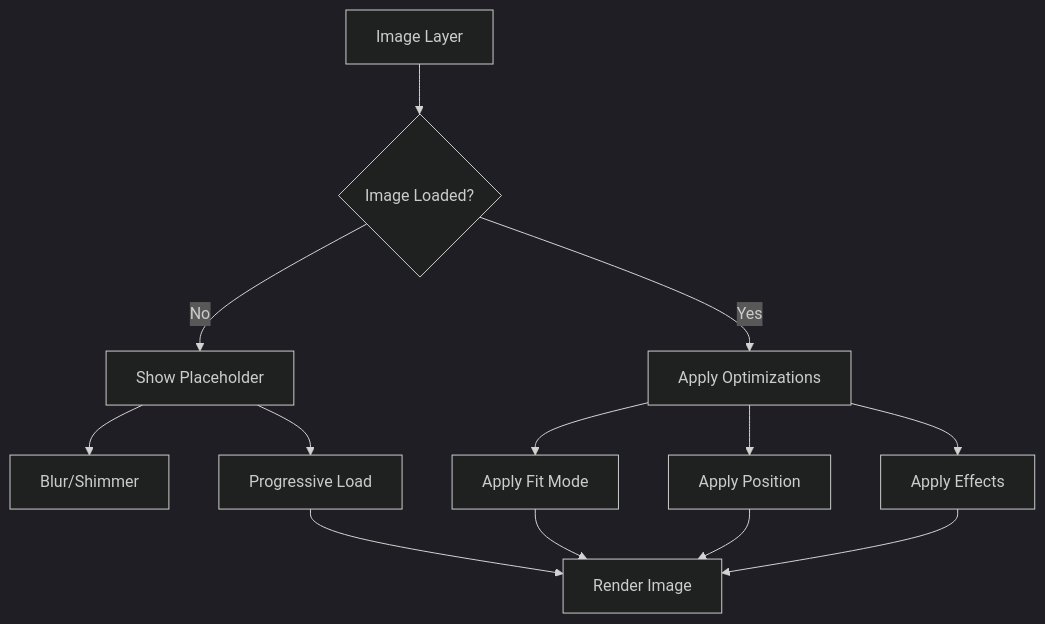
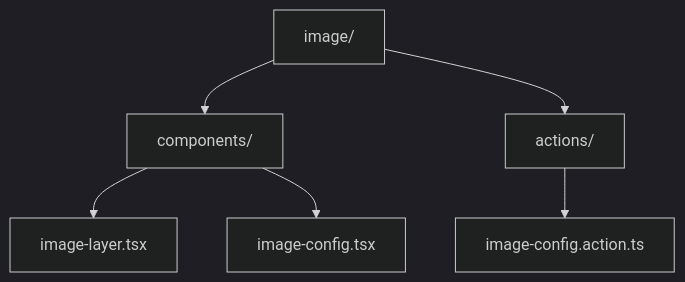
One commit to gvastethecreator/media-manager changed the first of 2 diagrams in src/components/features/entity-cards/layers/image/README.md. Above: the diagram before and after it, drawn with Mermaid (dark theme). The commit also changed other lines of this file and 161 other files, not shown here.

````diff
--- a/src/components/features/entity-cards/layers/image/README.md
+++ b/src/components/features/entity-cards/layers/image/README.md
@@ -132,19 +7,8 @@
 ```mermaid
 graph TD
-    A[Image Layer] --> B{Image Loaded?}
-    B -->|No| C[Show Placeholder]
-    B -->|Yes| D[Apply Optimizations]
-
-    C --> E[Blur/Shimmer]
-    C --> F[Progressive Load]
-
-    D --> G[Apply Fit Mode]
-    D --> H[Apply Position]
-    D --> I[Apply Effects]
-
-    G --> J[Render Image]
-    H --> J
-    I --> J
-
-    F --> J
+    A[image/] --> B[components/]
+    A --> C[actions/]
+    B --> D[image-layer.tsx]
+    B --> E[image-config.tsx]
+    C --> F[image-config.action.ts]
 ```
````
